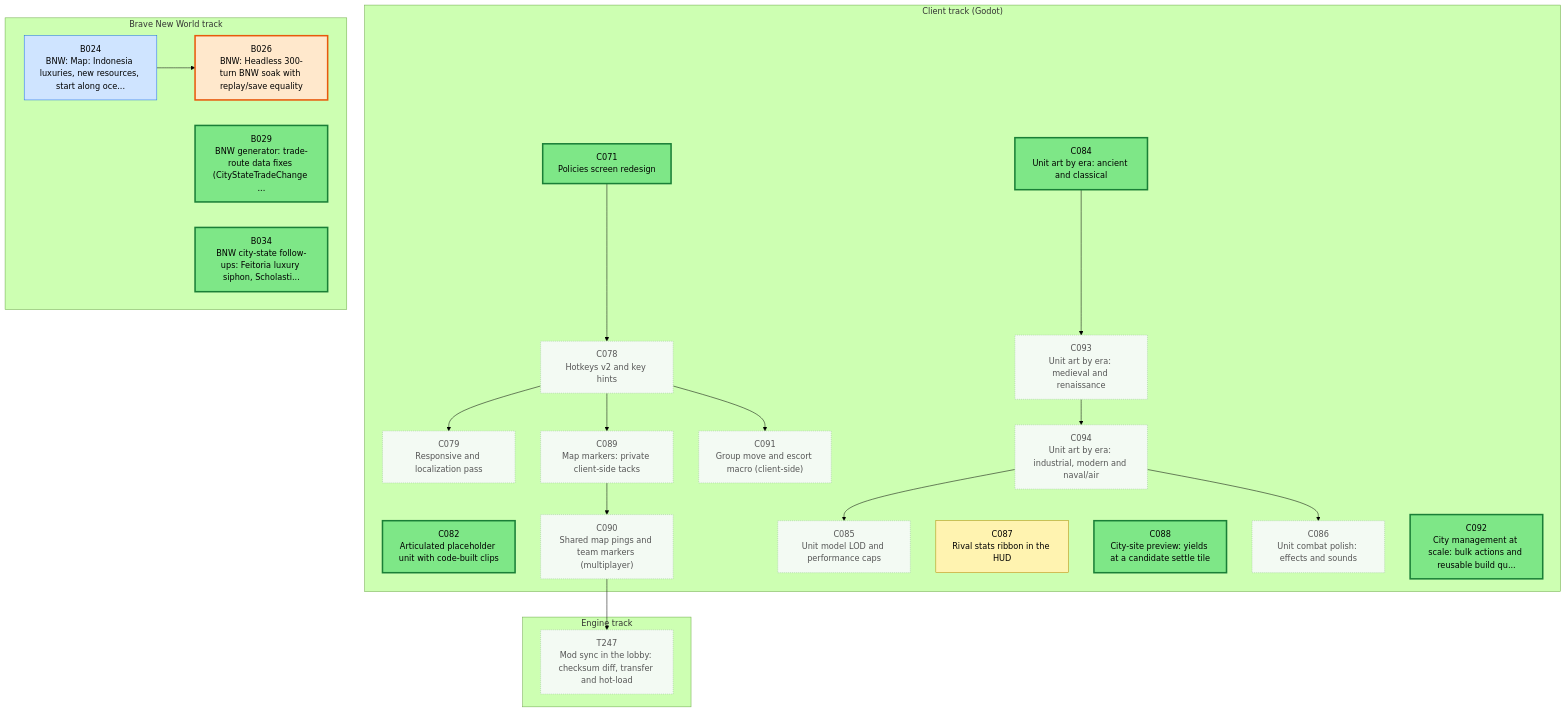
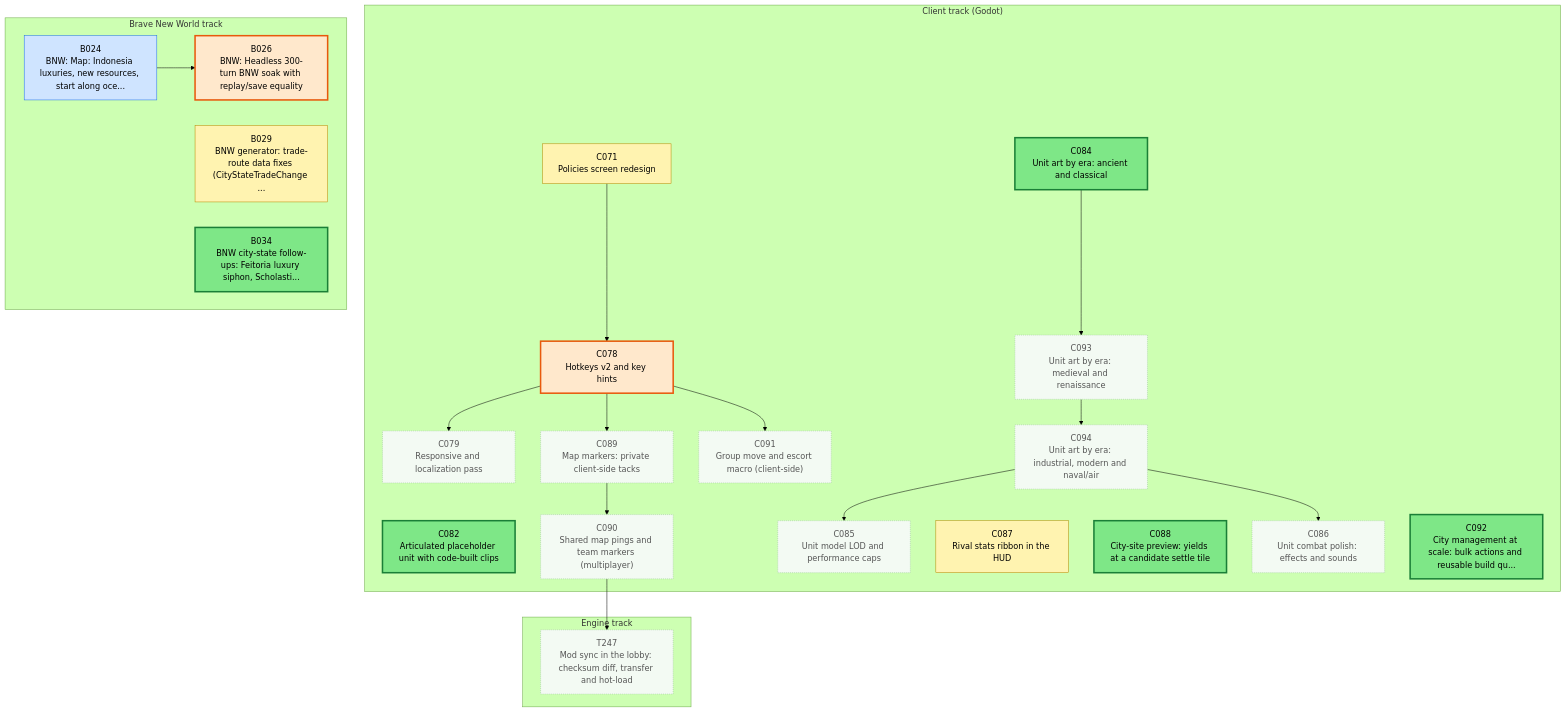
The first of 3 diagrams in csharp/migration/DEPENDENCY_MAP.md (Kenmura/Unciv), drawn with Mermaid (forest theme) before and after one commit. The commit also changed other lines of this file and 1 other file, not shown here.

````diff
--- a/csharp/migration/DEPENDENCY_MAP.md
+++ b/csharp/migration/DEPENDENCY_MAP.md
@@ -25,67 +25,67 @@
 ```mermaid
 flowchart TD
   subgraph TTRACK["Engine track"]
     T247["T247<br/>Mod sync in the lobby: checksum diff, transfer and hot-load"]
   end
   subgraph CTRACK["Client track (Godot)"]
     C071["C071<br/>Policies screen redesign"]
     C078["C078<br/>Hotkeys v2 and key hints"]
     C079["C079<br/>Responsive and localization pass"]
     C082["C082<br/>Articulated placeholder unit with code-built clips"]
     C084["C084<br/>Unit art by era: ancient and classical"]
     C085["C085<br/>Unit model LOD and performance caps"]
     C086["C086<br/>Unit combat polish: effects and sounds"]
     C087["C087<br/>Rival stats ribbon in the HUD"]
     C088["C088<br/>City-site preview: yields at a candidate settle tile"]
     C089["C089<br/>Map markers: private client-side tacks"]
     C090["C090<br/>Shared map pings and team markers (multiplayer)"]
     C091["C091<br/>Group move and escort macro (client-side)"]
     C092["C092<br/>City management at scale: bulk actions and reusable build qu..."]
     C093["C093<br/>Unit art by era: medieval and renaissance"]
     C094["C094<br/>Unit art by era: industrial, modern and naval/air"]
   end
   subgraph BTRACK["Brave New World track"]
     B024["B024<br/>BNW: Map: Indonesia luxuries, new resources, start along oce..."]
     B026["B026<br/>BNW: Headless 300-turn BNW soak with replay/save equality"]
     B029["B029<br/>BNW generator: trade-route data fixes (CityStateTradeChange ..."]
     B034["B034<br/>BNW city-state follow-ups: Feitoria luxury siphon, Scholasti..."]
   end
   C090 --> T247
   C071 --> C078
   C078 --> C079
   C094 --> C085
   C094 --> C086
   C078 --> C089
   C089 --> C090
   C078 --> C091
   C084 --> C093
   C093 --> C094
   B024 --> B026
   classDef waiting fill:#f3faf3,stroke:#9bc49b,color:#555,stroke-dasharray:2 2
   classDef ondeck fill:#ffe8cc,stroke:#e8590c,stroke-width:3px,color:#000
   classDef ready fill:#7ee787,stroke:#1a7f37,stroke-width:3px,color:#000
   classDef prog fill:#fff3b0,stroke:#b58900,color:#000
   classDef review fill:#cfe4ff,stroke:#1f6feb,color:#000
   classDef blocked fill:#ffd6d6,stroke:#c62828,color:#000
   classDef done fill:#eeeeee,stroke:#999999,color:#666,stroke-dasharray:4 3
   class B024 review
   class B026 ondeck
-  class B029 ready
+  class B029 prog
   class B034 ready
-  class C071 ready
-  class C078 waiting
+  class C071 prog
+  class C078 ondeck
   class C079 waiting
   class C082 ready
   class C084 ready
   class C085 waiting
   class C086 waiting
   class C087 prog
   class C088 ready
   class C089 waiting
   class C090 waiting
   class C091 waiting
   class C092 ready
   class C093 waiting
   class C094 waiting
   class T247 waiting
 ```
````
